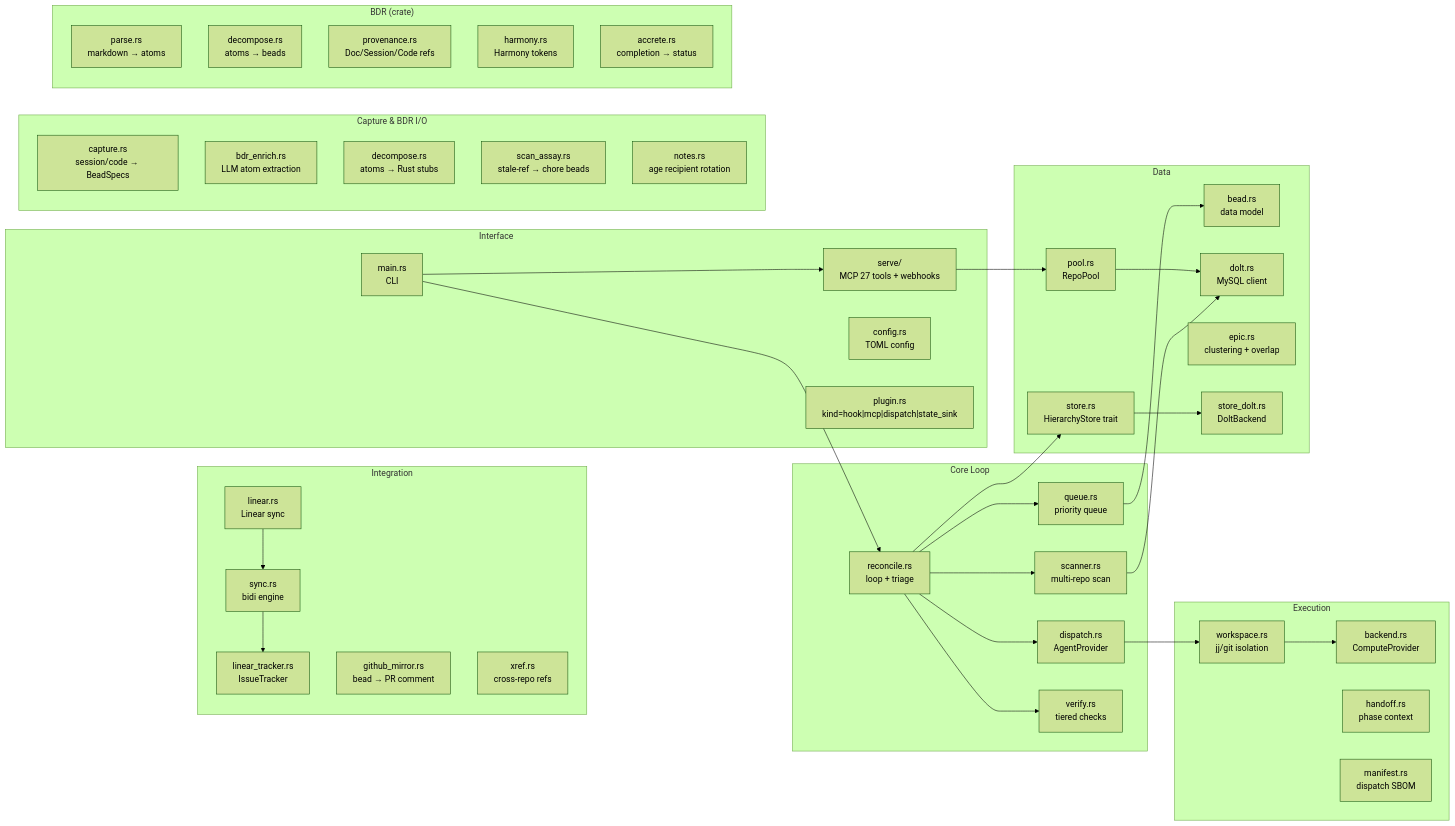
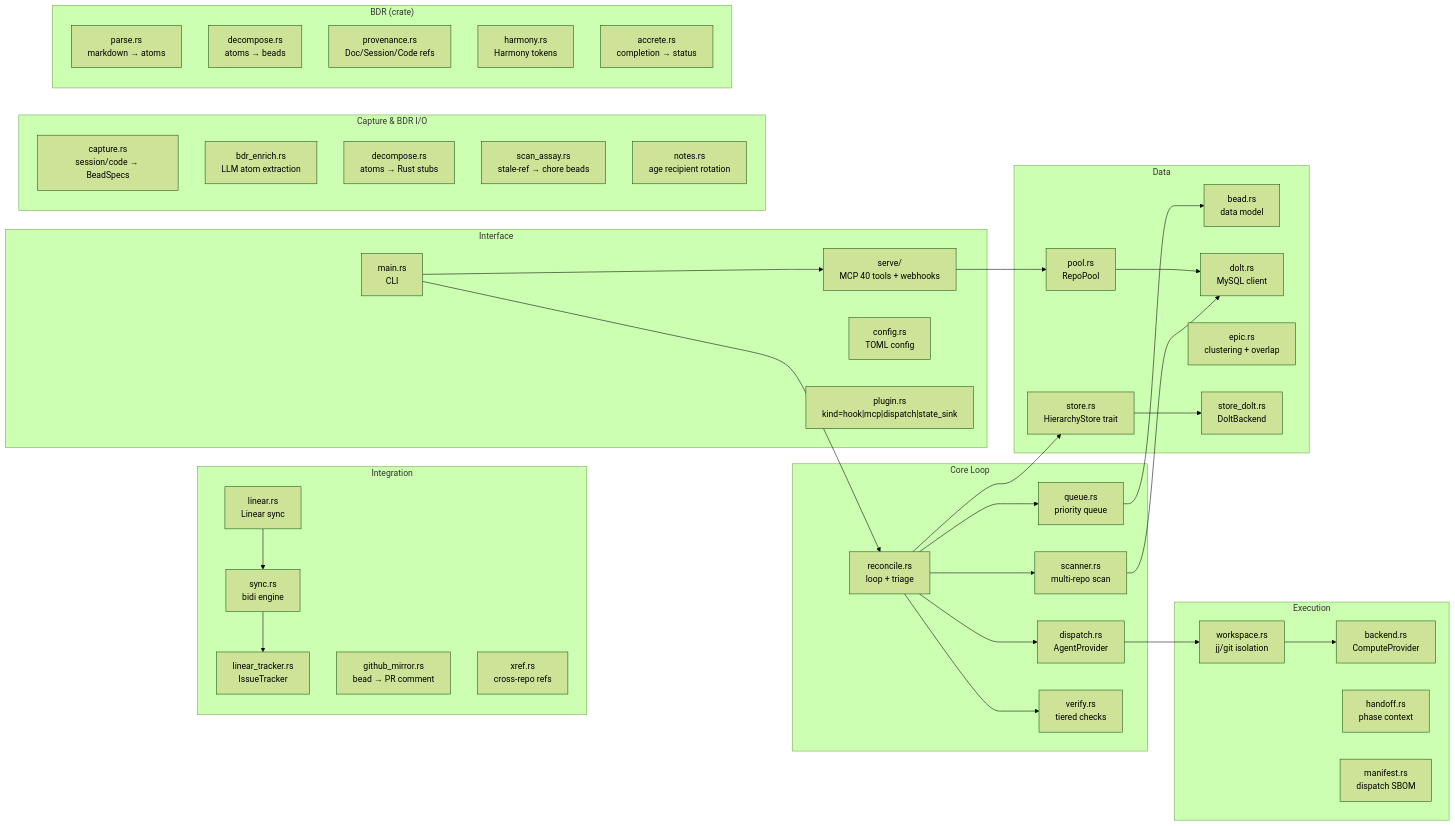
Before and after one commit to agentic-research/rosary: the seventh of 9 diagrams in docs/ARCHITECTURE.md, drawn with Mermaid (forest theme). The commit also changed other lines of this file and 12 other files, not shown here.

````diff
--- a/docs/ARCHITECTURE.md
+++ b/docs/ARCHITECTURE.md
@@ -182,66 +182,66 @@
 ```mermaid
 graph LR
     subgraph "Core Loop"
         reconcile["reconcile.rs<br/>loop + triage"]
         scanner["scanner.rs<br/>multi-repo scan"]
         queue["queue.rs<br/>priority queue"]
         dispatch["dispatch.rs<br/>AgentProvider"]
         verify["verify.rs<br/>tiered checks"]
     end
 
     subgraph "Execution"
         workspace["workspace.rs<br/>jj/git isolation"]
         backend["backend.rs<br/>ComputeProvider"]
         handoff["handoff.rs<br/>phase context"]
         manifest["manifest.rs<br/>dispatch SBOM"]
     end
 
     subgraph "Data"
         bead["bead.rs<br/>data model"]
         dolt["dolt.rs<br/>MySQL client"]
         pool["pool.rs<br/>RepoPool"]
         epic["epic.rs<br/>clustering + overlap"]
         store["store.rs<br/>HierarchyStore trait"]
         store_dolt["store_dolt.rs<br/>DoltBackend"]
     end
 
     subgraph "Integration"
         linear["linear.rs<br/>Linear sync"]
         linear_tracker["linear_tracker.rs<br/>IssueTracker"]
         github_mirror["github_mirror.rs<br/>bead → PR comment"]
         sync["sync.rs<br/>bidi engine"]
         xref["xref.rs<br/>cross-repo refs"]
     end
 
     subgraph "Interface"
         main["main.rs<br/>CLI"]
-        serve["serve/<br/>MCP 27 tools + webhooks"]
+        serve["serve/<br/>MCP 40 tools + webhooks"]
         config["config.rs<br/>TOML config"]
         plugin["plugin.rs<br/>kind=hook|mcp|dispatch|state_sink"]
     end
 
     subgraph "Capture & BDR I/O"
         capture["capture.rs<br/>session/code → BeadSpecs"]
         bdr_enrich["bdr_enrich.rs<br/>LLM atom extraction"]
         decompose["decompose.rs<br/>atoms → Rust stubs"]
         scan_assay["scan_assay.rs<br/>stale-ref → chore beads"]
         notes["notes.rs<br/>age recipient rotation"]
     end
 
     subgraph "BDR (crate)"
         bdr_parse["parse.rs<br/>markdown → atoms"]
         bdr_decompose["decompose.rs<br/>atoms → beads"]
         bdr_provenance["provenance.rs<br/>Doc/Session/Code refs"]
         bdr_harmony["harmony.rs<br/>Harmony tokens"]
         bdr_accrete["accrete.rs<br/>completion → status"]
     end
 
     reconcile --> scanner --> dolt
     reconcile --> queue --> bead
     reconcile --> dispatch --> workspace --> backend
     reconcile --> verify
     reconcile --> store --> store_dolt
     serve --> pool --> dolt
     linear --> sync --> linear_tracker
     main --> reconcile & serve
 ```
````
